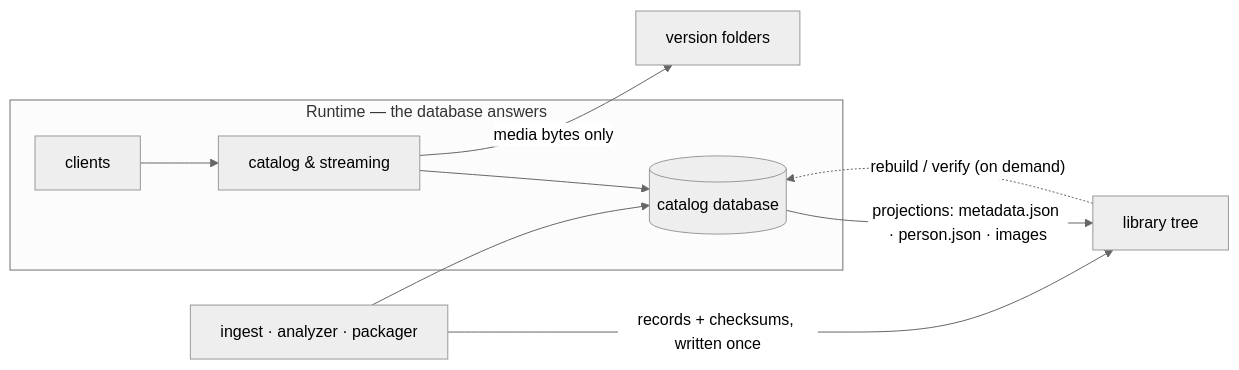
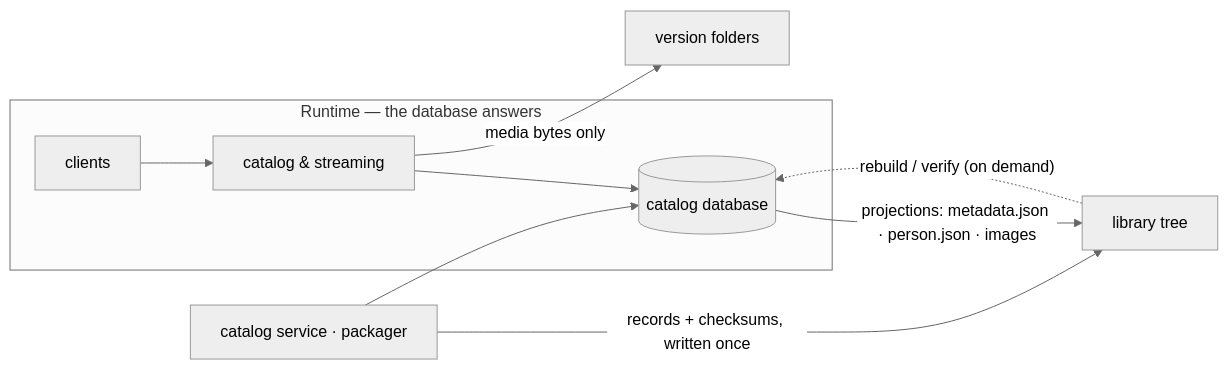
One commit to zaentrum/zaentrum changed the first of 3 diagrams in docs/library/record.md. Above: the diagram before and after it, drawn with Mermaid (neutral theme). The commit also changed other lines of this file, not shown here.

````diff
--- a/docs/library/record.md
+++ b/docs/library/record.md
@@ -39,11 +47,11 @@
 ```mermaid
 flowchart LR
   subgraph runtime["Runtime — the database answers"]
     C["clients"] --> API["catalog & streaming"] --> DB[("catalog database")]
   end
   API -->|"media bytes only"| M["version folders"]
   DB -->|"projections: metadata.json · person.json · images"| REC
-  W["ingest · analyzer · packager"] -->|"records + checksums, written once"| REC["library tree"]
+  W["catalog service · packager"] -->|"records + checksums, written once"| REC["library tree"]
   W --> DB
   REC -.->|"rebuild / verify (on demand)"| DB
 ```
````
